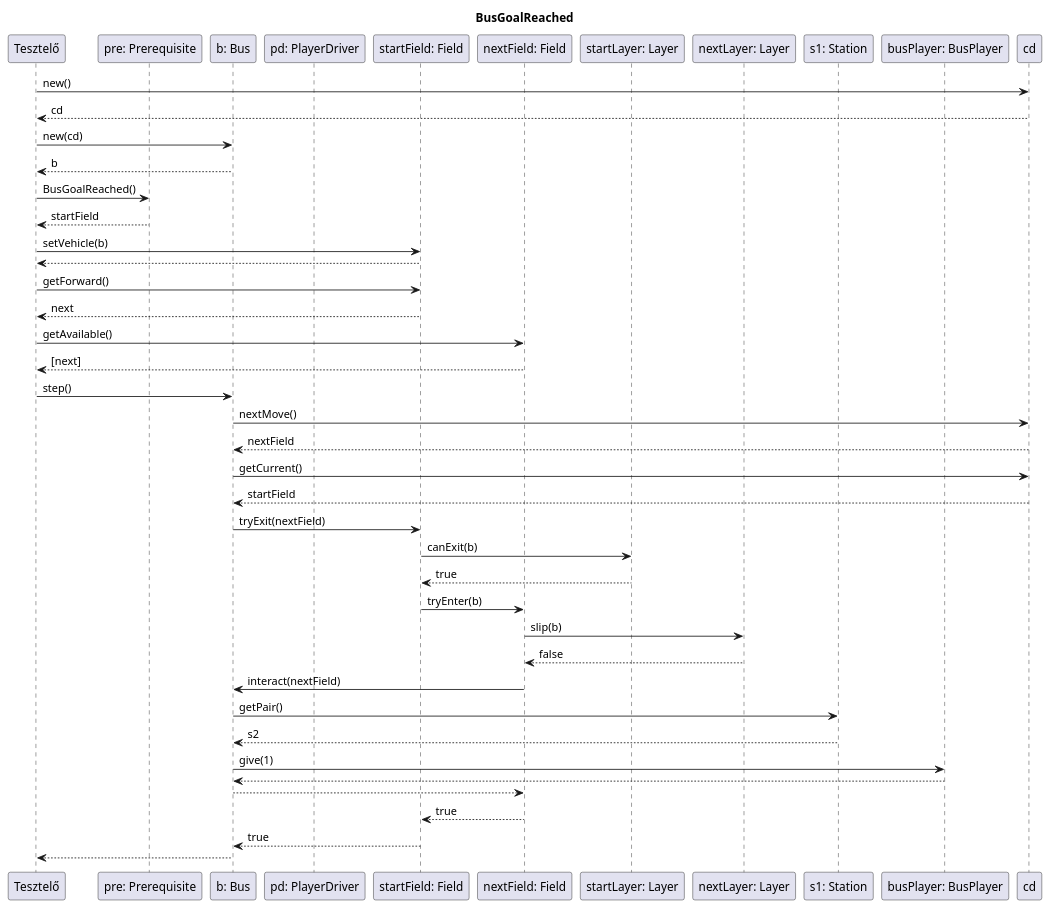
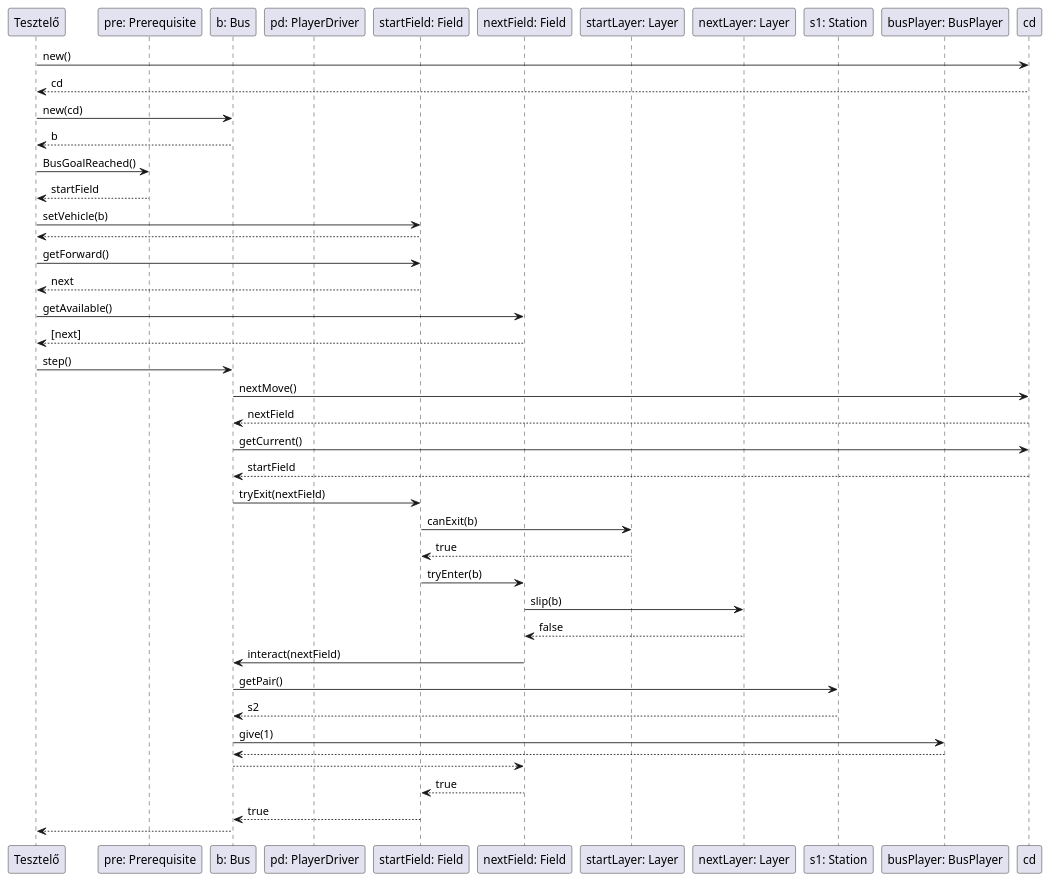
Before and after one commit to uhrinandor/spring: the diagram in docs/skeleton/bus/BusGoalReached.plantuml, drawn with PlantUML. The commit also changed 10 other files, not shown here.

```diff
--- a/docs/skeleton/bus/BusGoalReached.plantuml
+++ b/docs/skeleton/bus/BusGoalReached.plantuml
@@ -1,82 +1,82 @@
 @startuml
 /'komm diagram: ket mezo egymas utan, a masodik mellett egy buszmegallo, mindket mezon sima layer'/
 /'BusGoalReached'/
-title BusGoalReached
+
 participant "Tesztelő" as tester
 participant "pre: Prerequisite" as pre
 participant "b: Bus" as b
 participant "pd: PlayerDriver" as pd
 participant "startField: Field" as startField
 participant "nextField: Field" as nextField
 participant "startLayer: Layer" as startLayer
 participant "nextLayer: Layer" as nextLayer
 participant "s1: Station" as s1
 participant "busPlayer: BusPlayer" as busPlayer
 
 /'letrehoz egy playerdrivert'/
 tester->cd:new()
 cd-->tester:cd
 
 /'letrehozza a buszt a playerdriverrel'/
 tester->b:new(cd)
 b-->tester:b
 
 tester->pre:BusGoalReached()
 pre-->tester:startField
 
 /'az elso mezo beallitja a buszt'/
 tester->startField: setVehicle(b)
 startField-->tester:
 
 /'megkerdezi az elso mezot hogy mi a kovetkezo IRoad'/
 tester->startField: getForward()
 startField-->tester:next
 
 /'elkeri a Field-ek listajat a kovetkezo IRoad-tol'/
 tester->nextField:getAvailable()
 nextField-->tester:[next]
 
 /'a tesztelo lepteti a buszt'/
 tester->b: step()
 
 /'a driver meghatarozza a kovetkezo mezot'/
 b->cd: nextMove()
 cd-->b: nextField
 
 /'lekerdezi a busz aktualis mezojet'/
 b->cd: getCurrent()
 cd-->b: startField
 
 /'busz megprobal kilepni a jelenlegi mezorol'/
 b->startField: tryExit(nextField)
 
 /'a jelenlegi mezo retege eldonti, hogy kilephet-e'/
 startField->startLayer: canExit(b)
 startLayer-->startField: true
 
 /'megprobal belepni a kovetkezo mezore'/
 startField->nextField: tryEnter(b)
 
 /'a kovetkezo mezon nem csuszik meg'/
 nextField->nextLayer: slip(b)
 nextLayer-->nextField: false
 
 /'a busz ellenorzi a mezot, es kiderul hogy celba ert'/
 nextField->b: interact(nextField)
 
 b -> s1: getPair()
 s1 --> b: s2
 
 /'collector-ral noveli a pontjat'/
 b->busPlayer:give(1)
 busPlayer-->b
 
 
 /'interact-ra valasz'/
 b-->nextField:
 
 /'sikeres belepes'/
 nextField-->startField: true
 startField-->b: true
 b-->tester:
 @enduml
```
